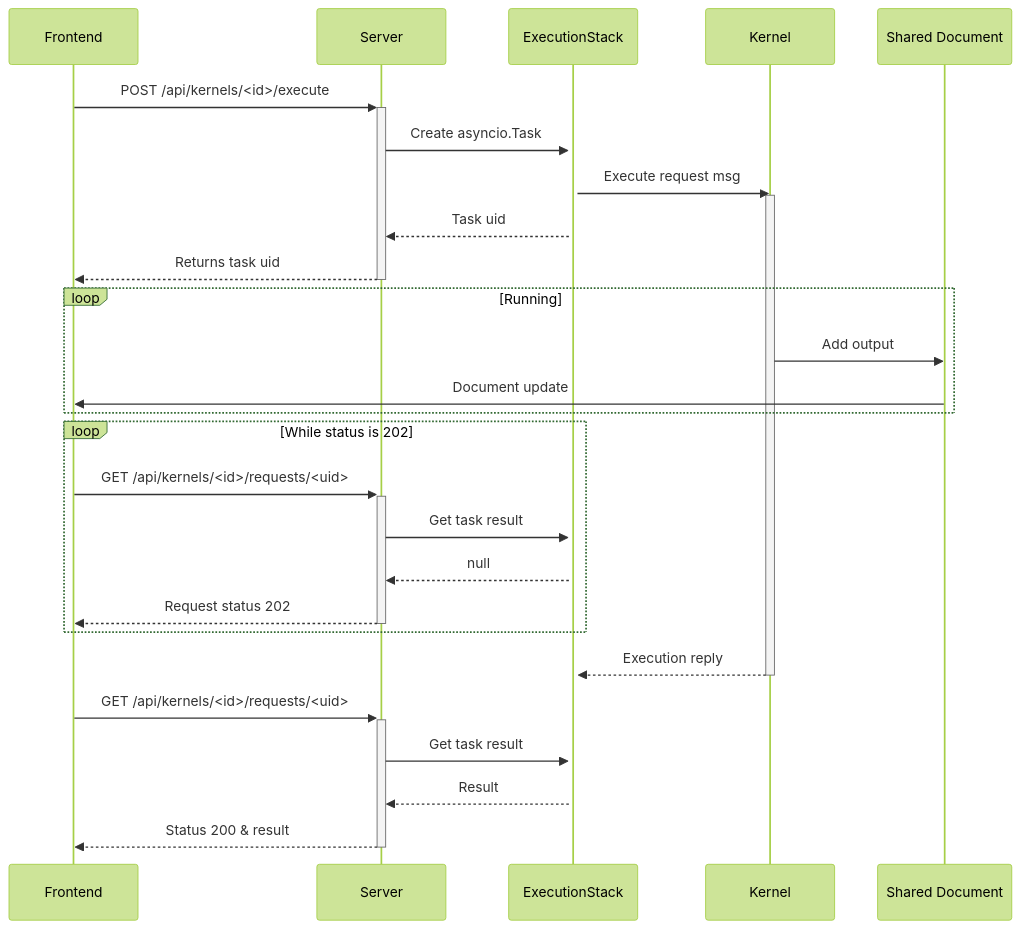
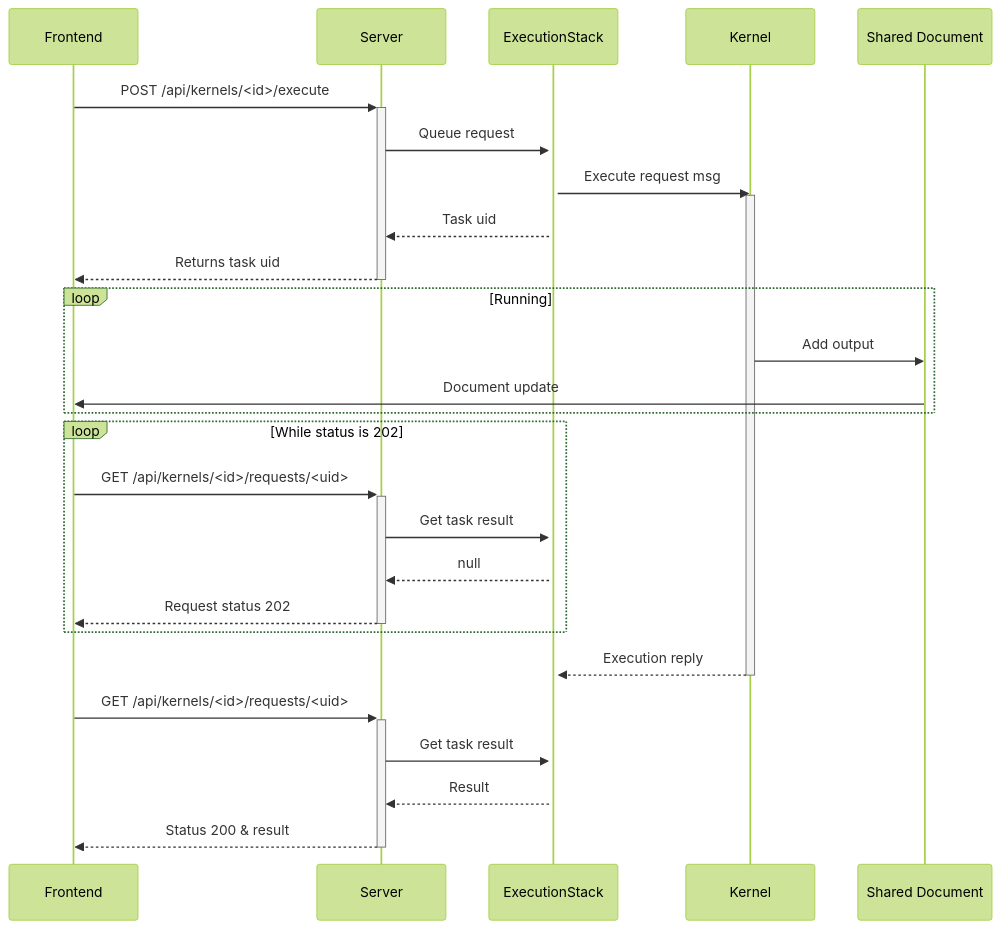
The first of 2 diagrams in README.md (datalayer/jupyter-server-nbmodel), drawn with Mermaid (forest theme) before and after one commit. The commit also changed other lines of this file, not shown here.

````diff
--- a/README.md
+++ b/README.md
@@ -54,25 +54,25 @@
 ```mermaid
 sequenceDiagram
     Frontend->>+Server: POST /api/kernels/<id>/execute
-    Server->>+ExecutionStack: Create asyncio.Task
+    Server->>+ExecutionStack: Queue request
     ExecutionStack->>Kernel: Execute request msg
     activate Kernel
     ExecutionStack-->>Server: Task uid
     Server-->>-Frontend: Returns task uid
     loop Running
         Kernel->>Shared Document: Add output
         Shared Document->>Frontend: Document update
     end
     loop While status is 202
         Frontend->>+Server: GET /api/kernels/<id>/requests/<uid>
         Server->>ExecutionStack: Get task result
         ExecutionStack-->>Server: null
         Server-->>-Frontend: Request status 202
     end
     Kernel-->>ExecutionStack: Execution reply
     deactivate Kernel
     Frontend->>+Server: GET /api/kernels/<id>/requests/<uid>
     Server->>ExecutionStack: Get task result
     ExecutionStack-->>Server: Result
     Server-->>-Frontend: Status 200 & result
 ```
````
